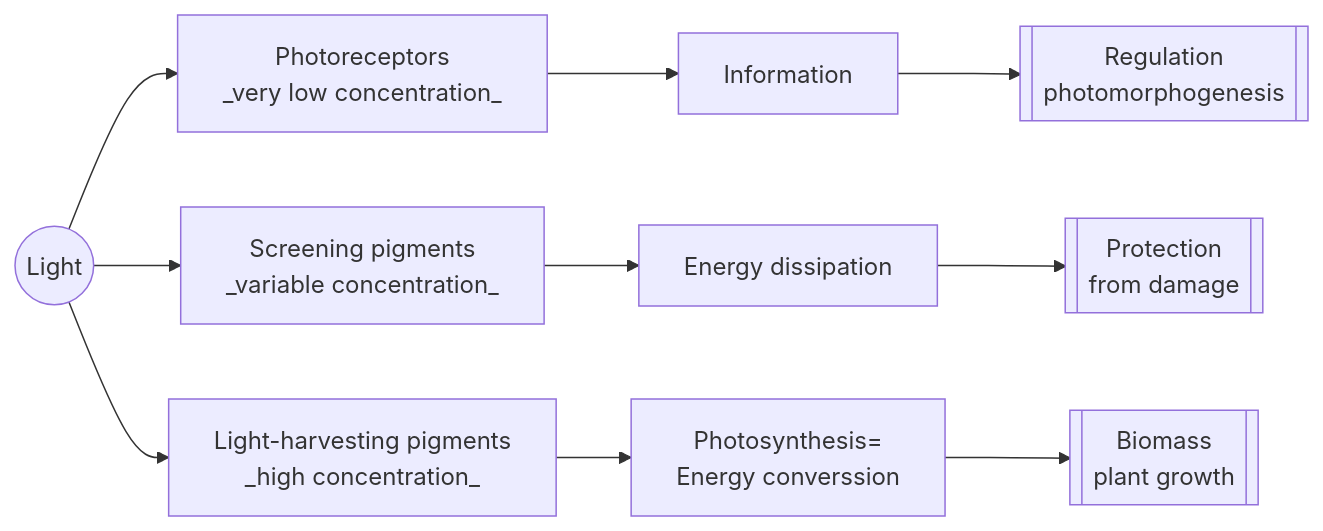
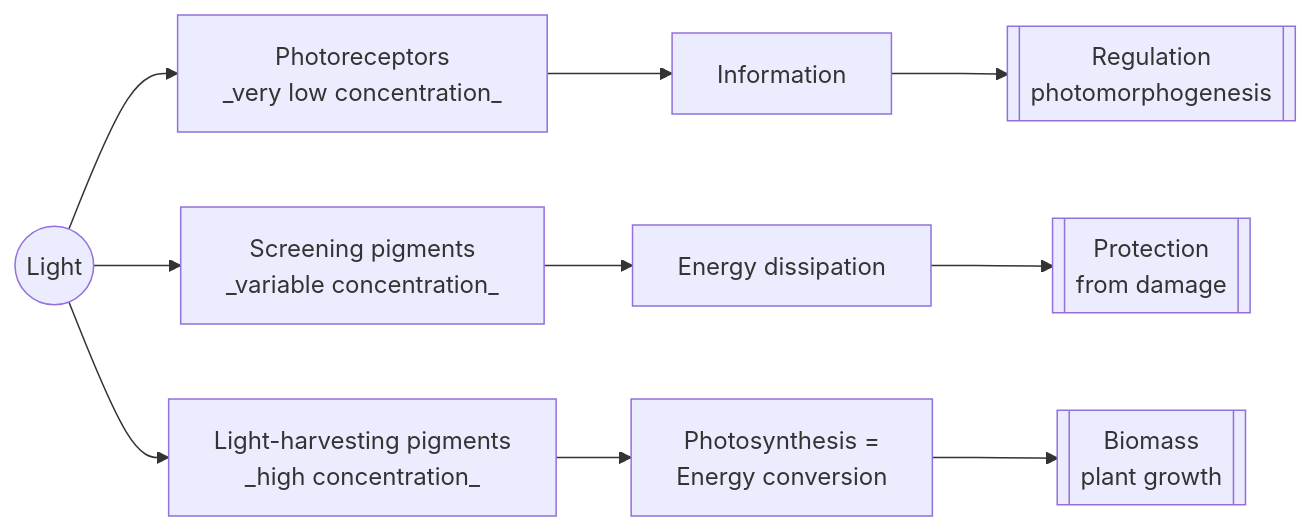
One commit to aphalo/plants-and-light-presentation changed the first of 2 diagrams in plants-and-light-presentation.qmd. Above: the diagram before and after it, drawn with Mermaid. The commit also changed other lines of this file and 86 other files, not shown here.

````diff
--- a/plants-and-light-presentation.qmd
+++ b/plants-and-light-presentation.qmd
@@ -30,10 +36,10 @@
 ```{mermaid}
 flowchart LR
 L((Light)) --> Ph[Photoreceptors<br/> _very low concentration_]
 Ph --> In[Information] --> Rg[[Regulation<br/>photomorphogenesis]]
 L --> Sc[Screening pigments<br/> _variable concentration_] 
 Sc --> Ed[Energy dissipation] --> Pr[[Protection<br/>from damage]]
 L --> Lh[Light-harvesting pigments<br/> _high concentration_] 
-Lh --> Ps[Photosynthesis=<br/>Energy converssion] --> Gr[[Biomass<br/>plant growth]]
+Lh --> Ps[Photosynthesis =<br/>Energy conversion] --> Gr[[Biomass<br/>plant growth]]
 
 ```
````
